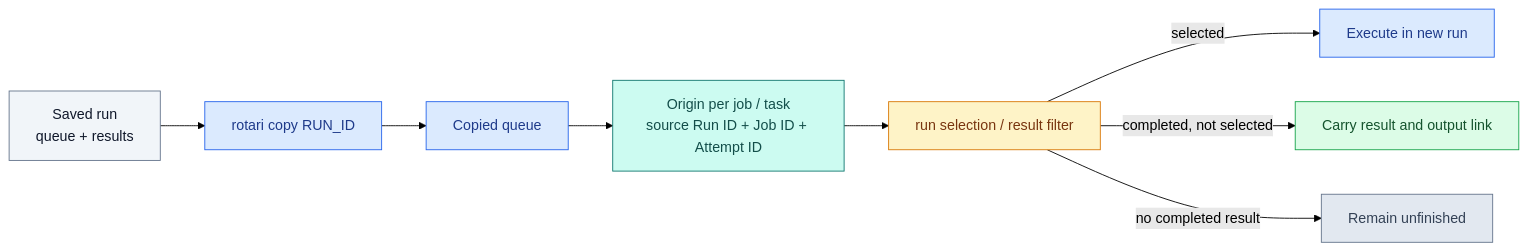
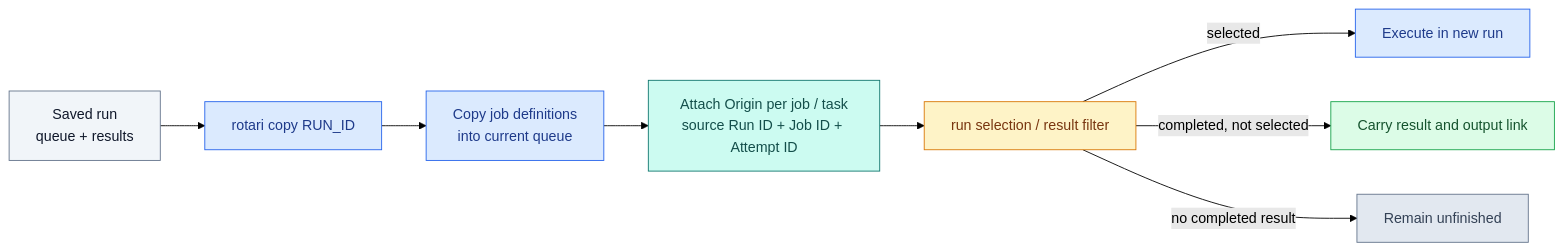
The first of 3 diagrams in docs/RUNNING.md (kamo-naoyuki/rotari), drawn with Mermaid (forest theme) before and after one commit. The commit also changed other lines of this file, not shown here.

Commit message:
docs: explain copy before rerun examples

````diff
--- a/docs/RUNNING.md
+++ b/docs/RUNNING.md
@@ -170,25 +166,25 @@
 ```mermaid
 flowchart LR
   SavedRun["Saved run<br/>queue + results"] --> Copy["rotari copy RUN_ID"]
-  Copy --> CopiedQueue["Copied queue"]
-  CopiedQueue --> Origin["Origin per job / task<br/>source Run ID + Job ID + Attempt ID"]
+  Copy --> CopiedQueue["Copy job definitions<br/>into current queue"]
+  CopiedQueue --> Origin["Attach Origin per job / task<br/>source Run ID + Job ID + Attempt ID"]
   Origin --> Filter["run selection / result filter"]
   Filter -->|"selected"| Execute["Execute in new run"]
   Filter -->|"completed, not selected"| Carry["Carry result and output link"]
   Filter -->|"no completed result"| Unfinished["Remain unfinished"]
 
   classDef source fill:#f1f5f9,stroke:#64748b,color:#0f172a
   classDef queue fill:#dbeafe,stroke:#2563eb,color:#1e3a8a
   classDef origin fill:#ccfbf1,stroke:#0f766e,color:#134e4a
   classDef filter fill:#fef3c7,stroke:#d97706,color:#78350f
   classDef execute fill:#dbeafe,stroke:#2563eb,color:#1e3a8a
   classDef carried fill:#dcfce7,stroke:#16a34a,color:#14532d
   classDef unfinished fill:#e2e8f0,stroke:#64748b,color:#334155
   class SavedRun source
   class Copy,CopiedQueue queue
   class Origin origin
   class Filter filter
   class Execute execute
   class Carry carried
   class Unfinished unfinished
 ```
````
